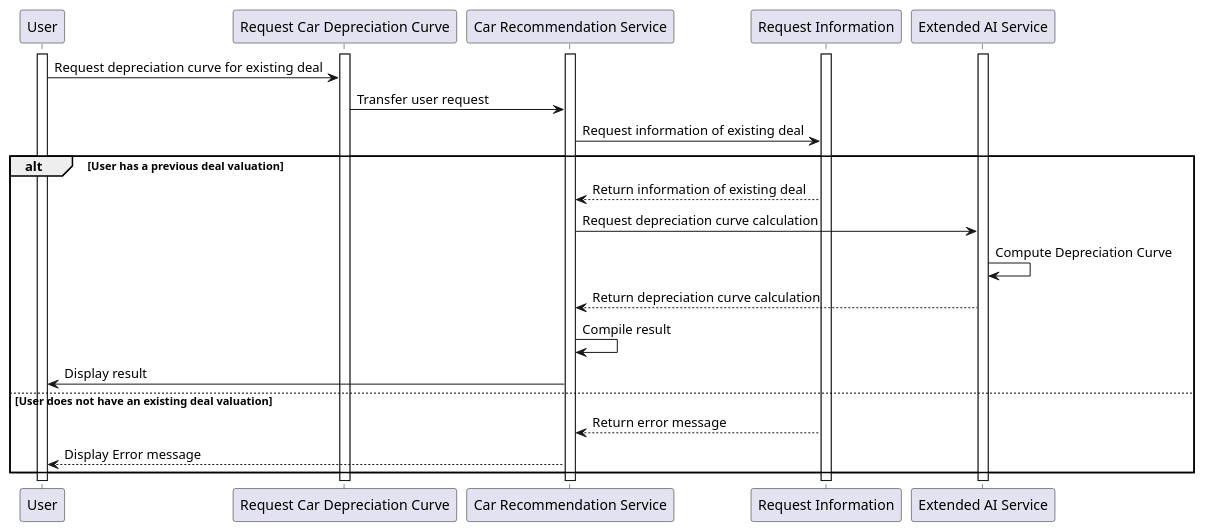
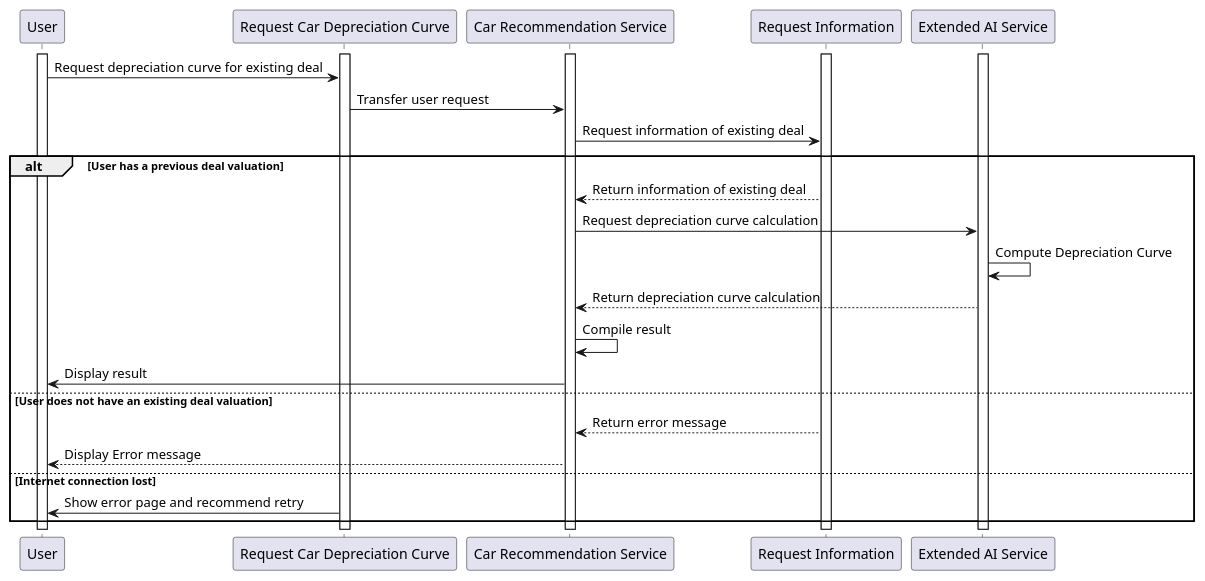
The diagram in PUML/BE4.puml (AhsanM71/SFWRENG-3A04-D1), drawn with PlantUML before and after one commit. The commit also changed 13 other files, not shown here.

Commit message:
updated sequence diagrams

```diff
--- a/PUML/BE4.puml
+++ b/PUML/BE4.puml
@@ -1,30 +1,32 @@
 @startuml be4
 participant User
 participant "Request Car Depreciation Curve"
 participant "Car Recommendation Service"
 participant "Request Information"
 participant "Extended AI Service"
 
 activate User
 activate "Request Car Depreciation Curve"
 activate "Car Recommendation Service"
 activate "Request Information"
 activate "Extended AI Service"
 
 User -> "Request Car Depreciation Curve": Request depreciation curve for existing deal
 "Request Car Depreciation Curve" -> "Car Recommendation Service": Transfer user request
 "Car Recommendation Service" -> "Request Information": Request information of existing deal
 
 alt User has a previous deal valuation
     "Car Recommendation Service" <-- "Request Information": Return information of existing deal
     "Car Recommendation Service" -> "Extended AI Service": Request depreciation curve calculation
     "Extended AI Service" -> "Extended AI Service": Compute Depreciation Curve
     "Car Recommendation Service" <-- "Extended AI Service": Return depreciation curve calculation
     "Car Recommendation Service" -> "Car Recommendation Service": Compile result
     "Car Recommendation Service" -> User: Display result
 else User does not have an existing deal valuation
     "Car Recommendation Service" <-- "Request Information": Return error message
     User <-- "Car Recommendation Service": Display Error message
+else Internet connection lost
+    "Request Car Depreciation Curve" -> User: Show error page and recommend retry
 end
 
 @enduml
```
